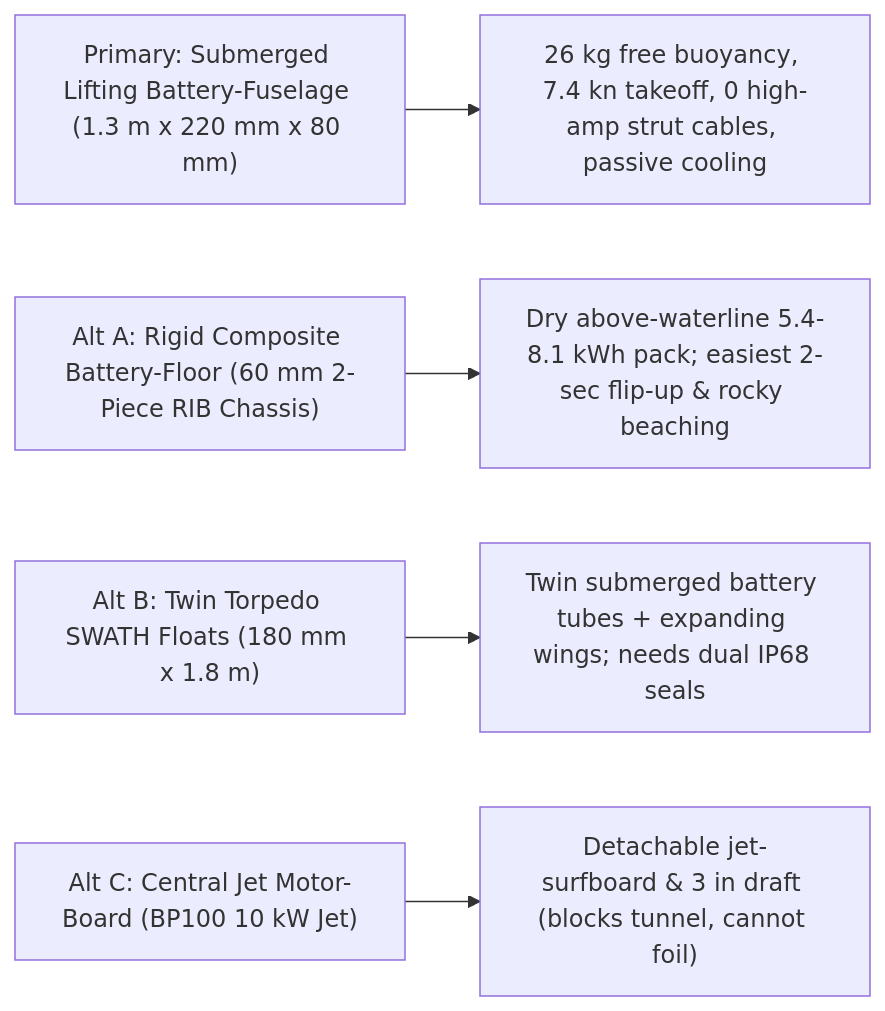
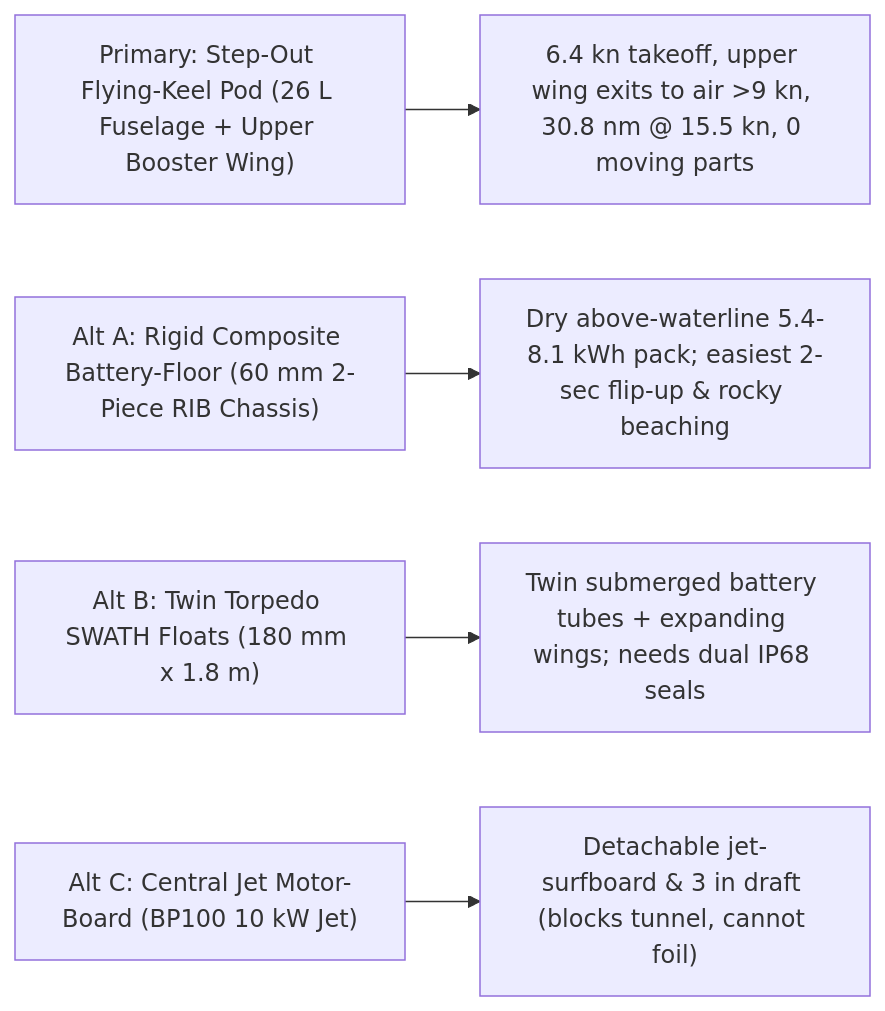
One commit to boats-boats-boats/foil-skiff changed the third of 3 diagrams in electric-foiling-dinghy-guide.md. Above: the diagram before and after it, drawn with Mermaid. The commit also changed other lines of this file and 2 other files, not shown here.

Commit message:
Make Step-Out Upper Booster Wing + Flying-Keel Pod the primary FoilSkiff architecture

````diff
--- a/electric-foiling-dinghy-guide.md
+++ b/electric-foiling-dinghy-guide.md
@@ -133,7 +143,7 @@
 ```mermaid
 flowchart LR
-    P["Primary: Submerged Lifting Battery-Fuselage (1.3 m x 220 mm x 80 mm)"] --> P1["26 kg free buoyancy, 7.4 kn takeoff, 0 high-amp strut cables, passive cooling"]
+    P["Primary: Step-Out Flying-Keel Pod (26 L Fuselage + Upper Booster Wing)"] --> P1["6.4 kn takeoff, upper wing exits to air >9 kn, 30.8 nm @ 15.5 kn, 0 moving parts"]
     C["Alt A: Rigid Composite Battery-Floor (60 mm 2-Piece RIB Chassis)"] --> C1["Dry above-waterline 5.4-8.1 kWh pack; easiest 2-sec flip-up & rocky beaching"]
     A["Alt B: Twin Torpedo SWATH Floats (180 mm x 1.8 m)"] --> A1["Twin submerged battery tubes + expanding wings; needs dual IP68 seals"]
     B["Alt C: Central Jet Motor-Board (BP100 10 kW Jet)"] --> B1["Detachable jet-surfboard & 3 in draft (blocks tunnel, cannot foil)"]
 ```
````
